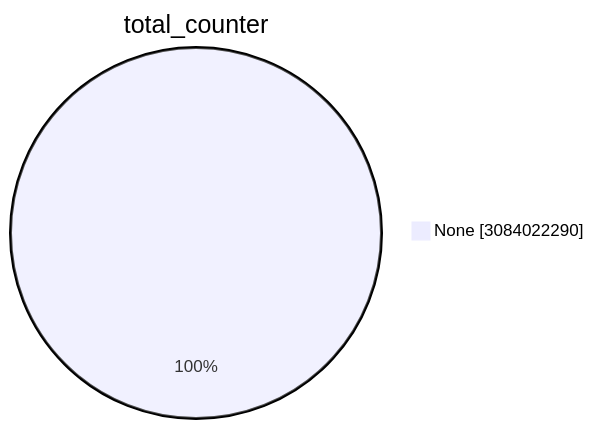
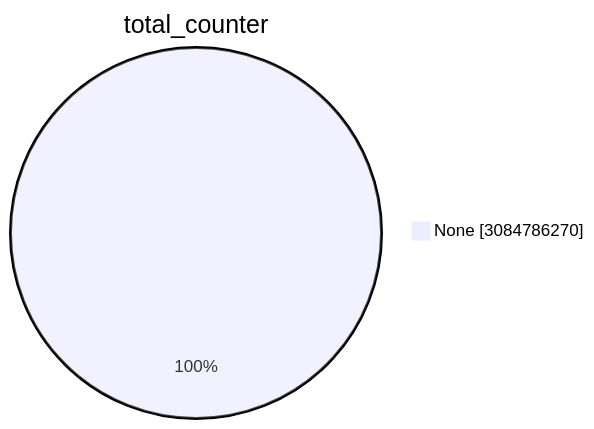
The first of 15 diagrams in TOTAL/README.md (christiankrug/ctmonitor_visualization), drawn with Mermaid before and after one commit. The commit also changed other lines of this file, not shown here.

````diff
--- a/TOTAL/README.md
+++ b/TOTAL/README.md
@@ -1,5 +1,5 @@
 ```mermaid
 pie showData
 title total_counter
-"None" :3084022290
+"None" :3084786270
 ```
````
